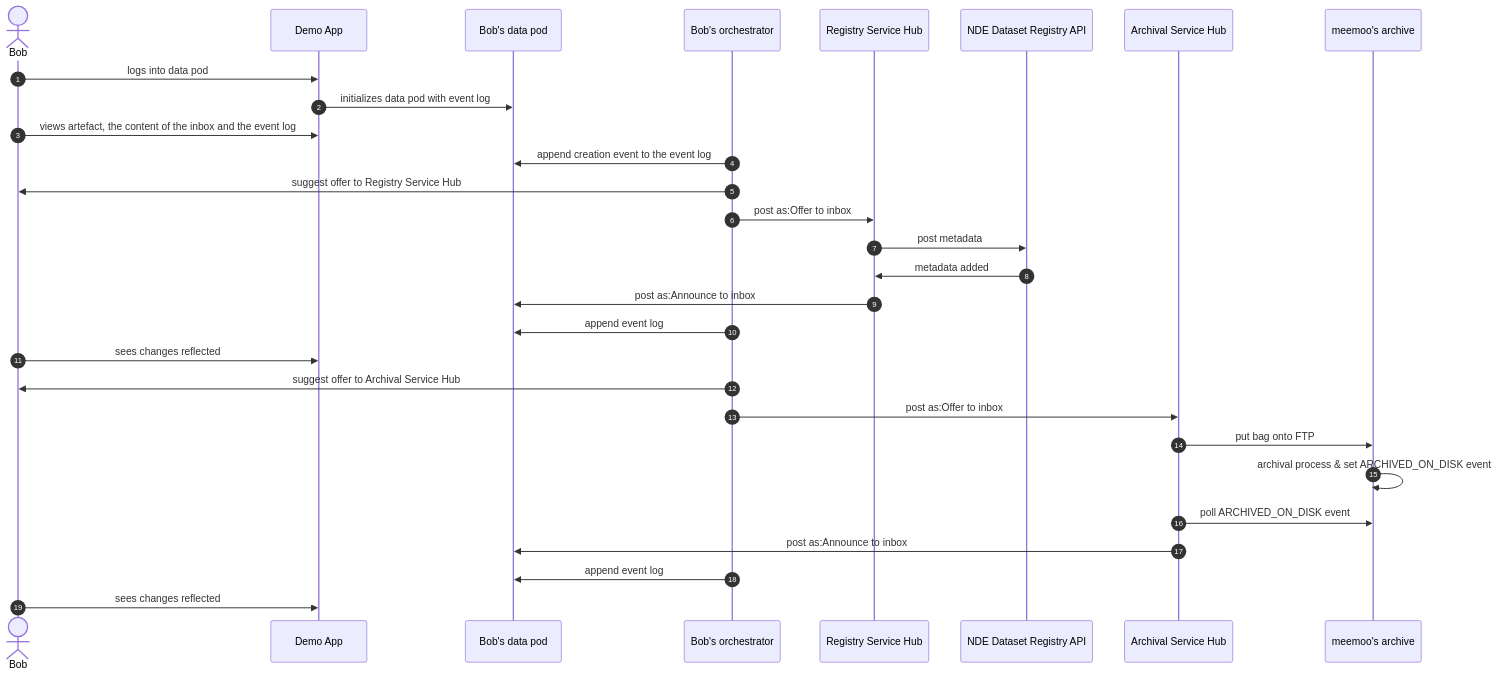
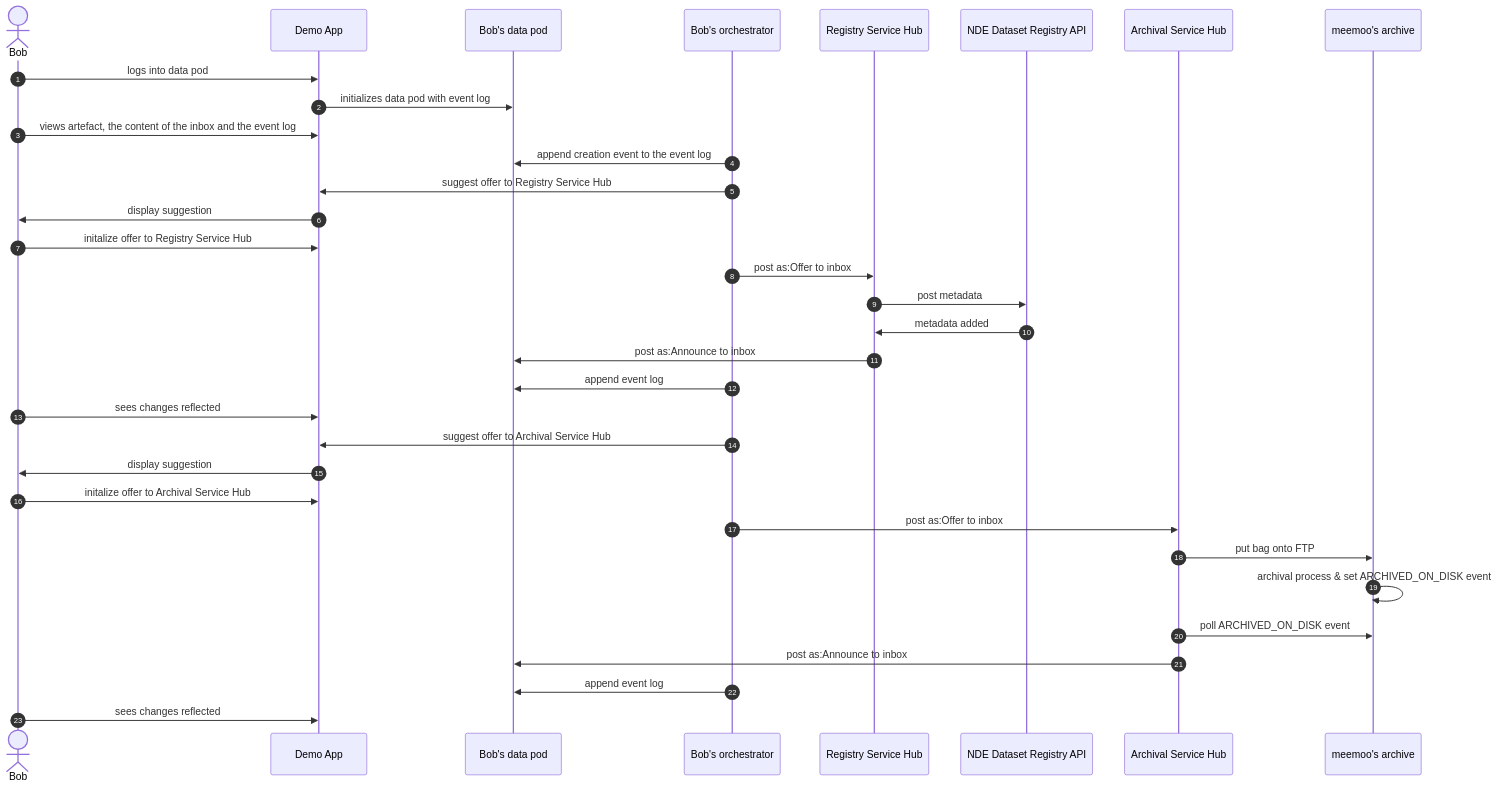
The diagram in diagrams/heritage/bob-requests-service.md (CRISalid-esr/spec-usecases), drawn with Mermaid before and after one commit. The commit also changed 1 other file, not shown here.

Commit message:
Expanded demo app

````diff
--- a/diagrams/heritage/bob-requests-service.md
+++ b/diagrams/heritage/bob-requests-service.md
@@ -1,33 +1,40 @@
 ```mermaid
 sequenceDiagram
     actor Bob
     participant DA as Demo App
     participant BP as Bob's data pod
     participant BO as Bob's orchestrator
     participant RSH as Registry Service Hub
     participant DR as NDE Dataset Registry API
     participant ASH as Archival Service Hub
     participant MA as meemoo's archive
 
     autonumber
     Bob ->> DA: logs into data pod
     DA  ->> BP: initializes data pod with event log
     Bob ->> DA: views artefact, the content of the inbox and the event log
     BO ->> BP: append creation event to the event log
-    BO ->> Bob: suggest offer to Registry Service Hub
+    
+    BO ->> DA: suggest offer to Registry Service Hub
+    DA ->> Bob: display suggestion
+    Bob ->> DA: initalize offer to Registry Service Hub
+    
     BO ->> RSH: post as:Offer to inbox
     RSH ->> DR: post metadata
     DR ->> RSH: metadata added
     RSH ->> BP: post as:Announce to inbox
     BO ->> BP: append event log
     Bob ->> DA: sees changes reflected
 
-    BO ->> Bob: suggest offer to Archival Service Hub
+    BO ->> DA: suggest offer to Archival Service Hub
+    DA ->> Bob: display suggestion
+    Bob ->> DA: initalize offer to Archival Service Hub
+    
     BO ->> ASH: post as:Offer to inbox
     ASH ->> MA: put bag onto FTP
     MA ->> MA: archival process & set ARCHIVED_ON_DISK event 
     ASH ->> MA: poll ARCHIVED_ON_DISK event
     ASH ->> BP: post as:Announce to inbox
     BO ->> BP: append event log
     Bob ->> DA: sees changes reflected
 ```
````
